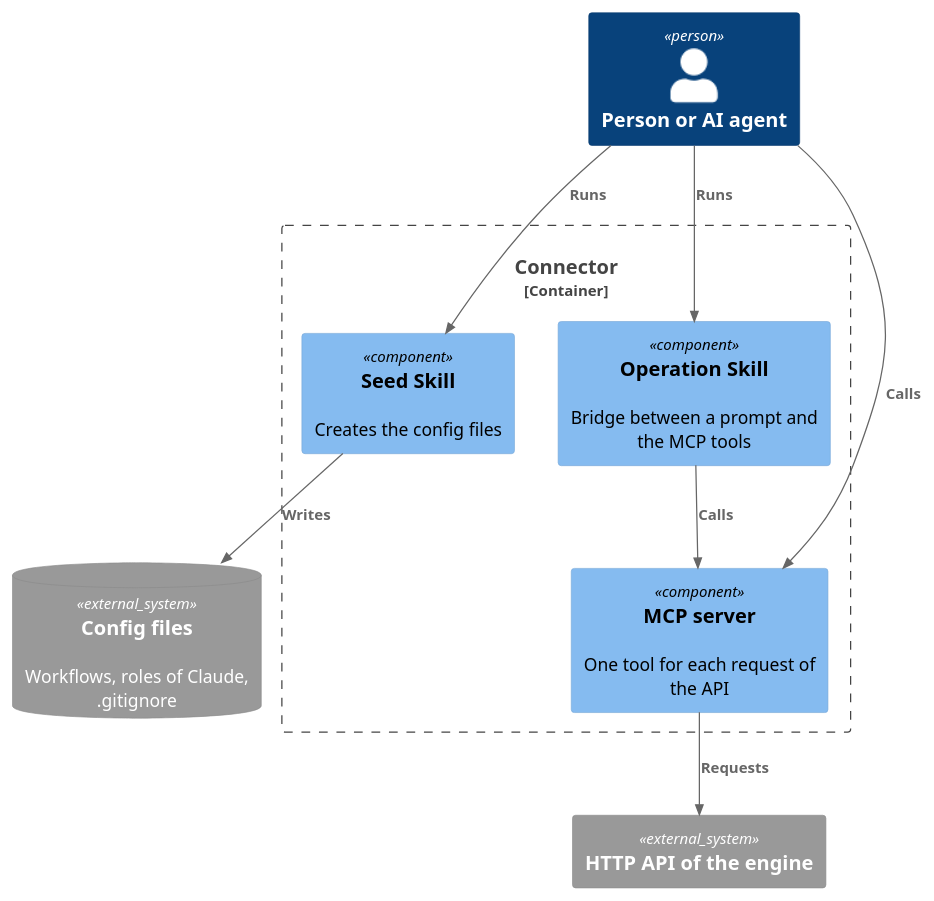
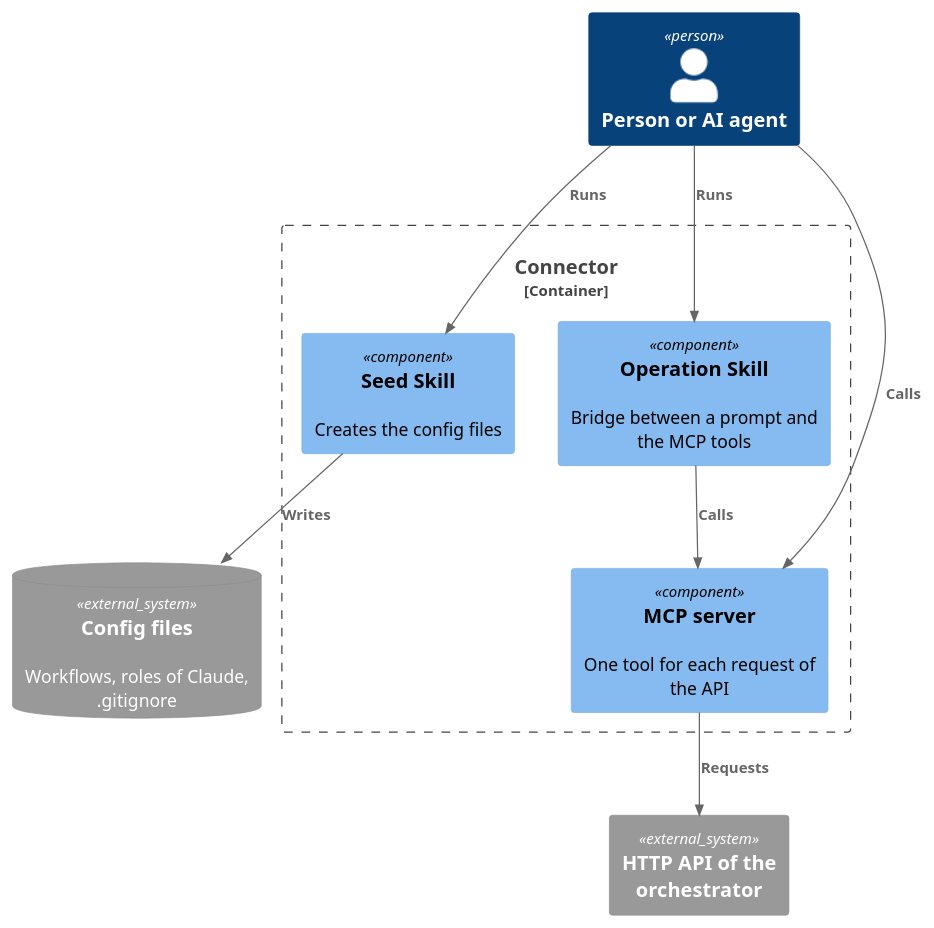
One commit to longlh/superteam changed the diagram in docs/05_building-blocks/connector/connector.md. Above: the diagram before and after it, drawn with PlantUML. The commit also changed other lines of this file and 30 other files, not shown here.

````diff
--- a/docs/05_building-blocks/connector/connector.md
+++ b/docs/05_building-blocks/connector/connector.md
@@ -12,22 +12,22 @@
 ```plantuml
 @startuml
 !include <C4/C4_Component>
 
 Person(person, "Person or AI agent", "")
 SystemDb_Ext(config, "Config files", "Workflows, roles of Claude, .gitignore")
-System_Ext(api, "HTTP API of the engine", "")
+System_Ext(api, "HTTP API of the orchestrator", "")
 
 Container_Boundary(connector, "Connector") {
   Component(seed, "Seed Skill", "", "Creates the config files")
   Component(operation, "Operation Skill", "", "Bridge between a prompt and the MCP tools")
   Component(mcp, "MCP server", "", "One tool for each request of the API")
 }
 
 Rel(person, seed, "Runs")
 Rel(person, operation, "Runs")
 Rel(person, mcp, "Calls")
 Rel(seed, config, "Writes")
 Rel(operation, mcp, "Calls")
 Rel(mcp, api, "Requests")
 @enduml
 ```
````
